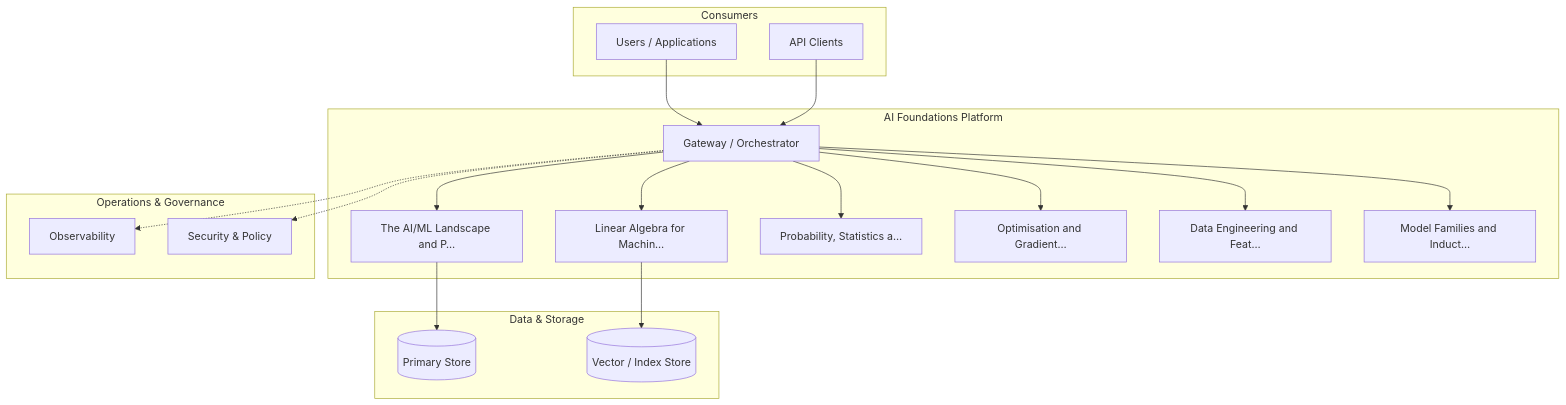
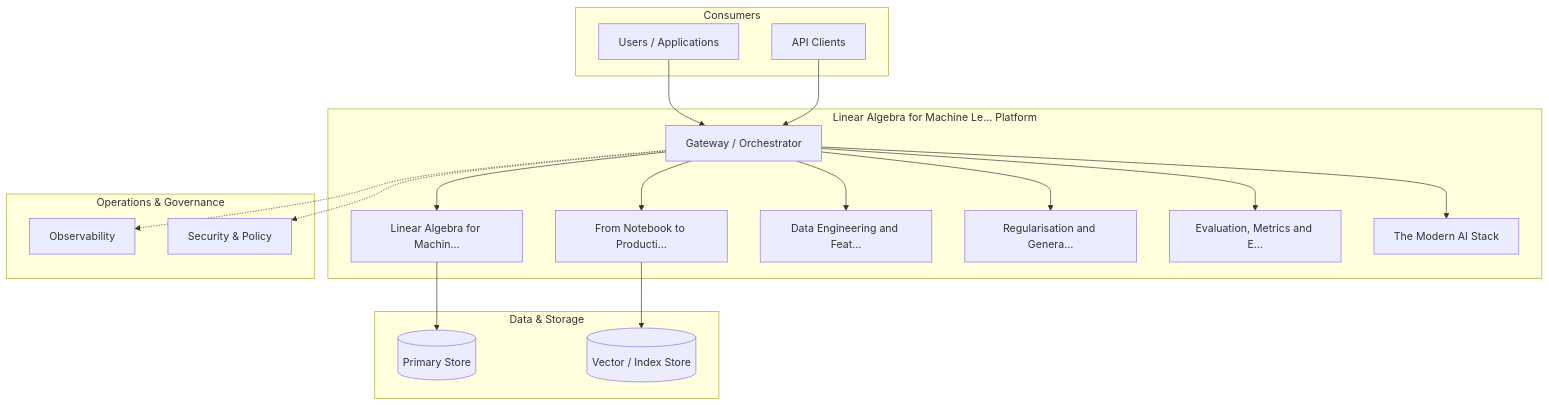
The diagram in content/ai-foundations/ai-foundations-foundations/diagrams/fig-003-component.mmd (ankit05121980/AI-University), drawn with Mermaid before and after one commit. The commit also changed 458 other files, not shown here.

First line of the commit message:
Add Diagram Studio (prompt/text -> diagram) and per-chapter diagram context

```diff
--- a/content/ai-foundations/ai-foundations-foundations/diagrams/fig-003-component.mmd
+++ b/content/ai-foundations/ai-foundations-foundations/diagrams/fig-003-component.mmd
@@ -1,34 +1,34 @@
 flowchart TB
   subgraph Client["Consumers"]
     U[Users / Applications]
     API[API Clients]
   end
-  subgraph Platform["AI Foundations Platform"]
+  subgraph Platform["Linear Algebra for Machine Le… Platform"]
     GW[Gateway / Orchestrator]
-    S0[The AI/ML Landscape and P…]
-    S1[Linear Algebra for Machin…]
-    S2[Probability, Statistics a…]
-    S3[Optimisation and Gradient…]
-    S4[Data Engineering and Feat…]
-    S5[Model Families and Induct…]
+    S0[Linear Algebra for Machin…]
+    S1[From Notebook to Producti…]
+    S2[Data Engineering and Feat…]
+    S3[Regularisation and Genera…]
+    S4[Evaluation, Metrics and E…]
+    S5[The Modern AI Stack]
   end
   subgraph Data["Data & Storage"]
     DS[(Primary Store)]
     VEC[(Vector / Index Store)]
   end
   subgraph Ops["Operations & Governance"]
     OBS[Observability]
     SEC[Security & Policy]
   end
   U --> GW
   API --> GW
   GW --> S0
   GW --> S1
   GW --> S2
   GW --> S3
   GW --> S4
   GW --> S5
   S0 --> DS
   S1 --> VEC
   GW -.-> OBS
   GW -.-> SEC
```
